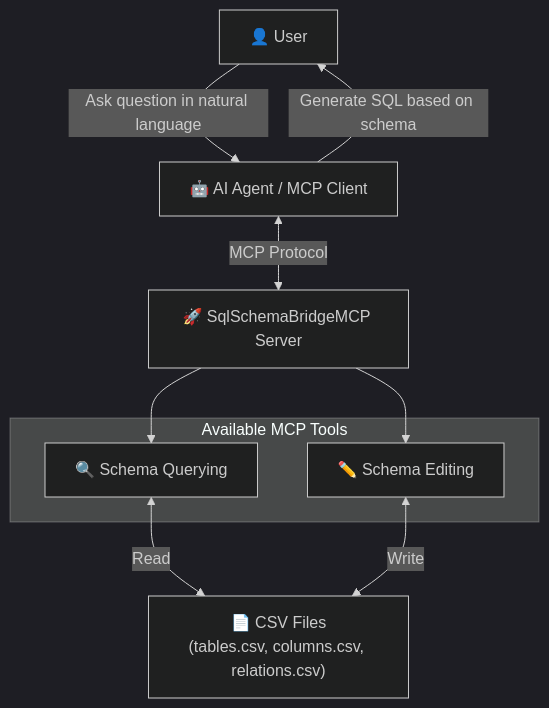
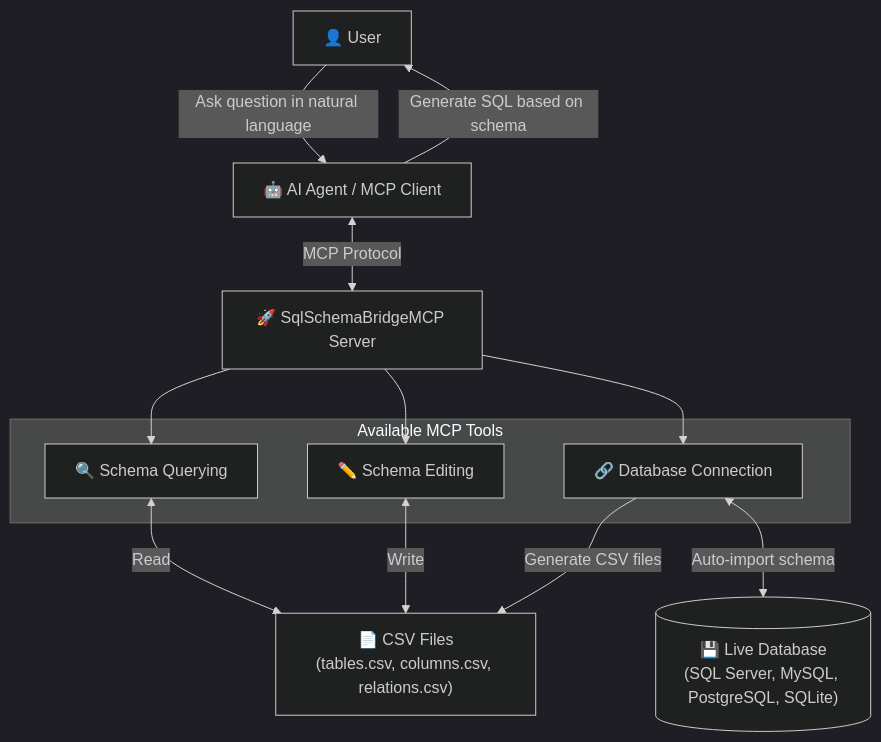
One commit to yt3trees/SqlSchemaBridgeMCP changed the first of 2 diagrams in README.md. Above: the diagram before and after it, drawn with Mermaid (dark theme). The commit also changed other lines of this file and 13 other files, not shown here.

Commit message:
feat: Add database connection and auto-schema import functionality

````diff
--- a/README.md
+++ b/README.md
@@ -8,21 +8,26 @@
 ```mermaid
 graph TB
     User["👤 User"]
     Agent["🤖 AI Agent / MCP Client"]
     Server["🚀 SqlSchemaBridgeMCP Server"]
+    Database[("💾 Live Database<br/>(SQL Server, MySQL, PostgreSQL, SQLite)")]
     CSVFiles["📄 CSV Files<br/>(tables.csv, columns.csv, relations.csv)"]
 
     subgraph "Available MCP Tools"
         QueryTools["🔍 Schema Querying"]
         EditTools["✏️ Schema Editing"]
+        ConnectionTools["🔗 Database Connection"]
     end
 
     %% Main Flow
     User -->|"Ask question in natural language"| Agent
     Agent <-->|"MCP Protocol"| Server
     Server --> QueryTools
     Server --> EditTools
+    Server --> ConnectionTools
     QueryTools <-->|"Read"| CSVFiles
     EditTools <-->|"Write"| CSVFiles
+    ConnectionTools <-->|"Auto-import schema"| Database
+    ConnectionTools -->|"Generate CSV files"| CSVFiles
     Agent -->|"Generate SQL based on schema"| User
 ```
````
